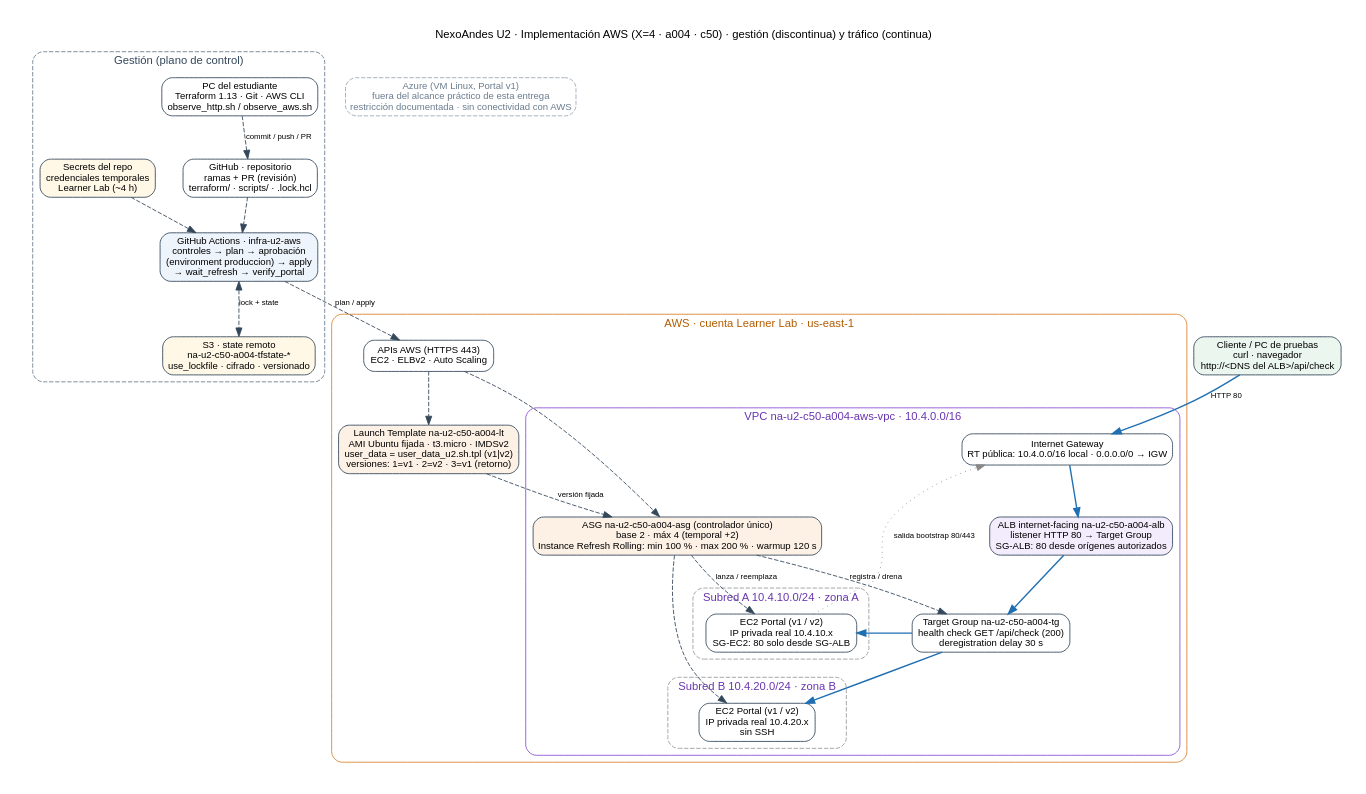
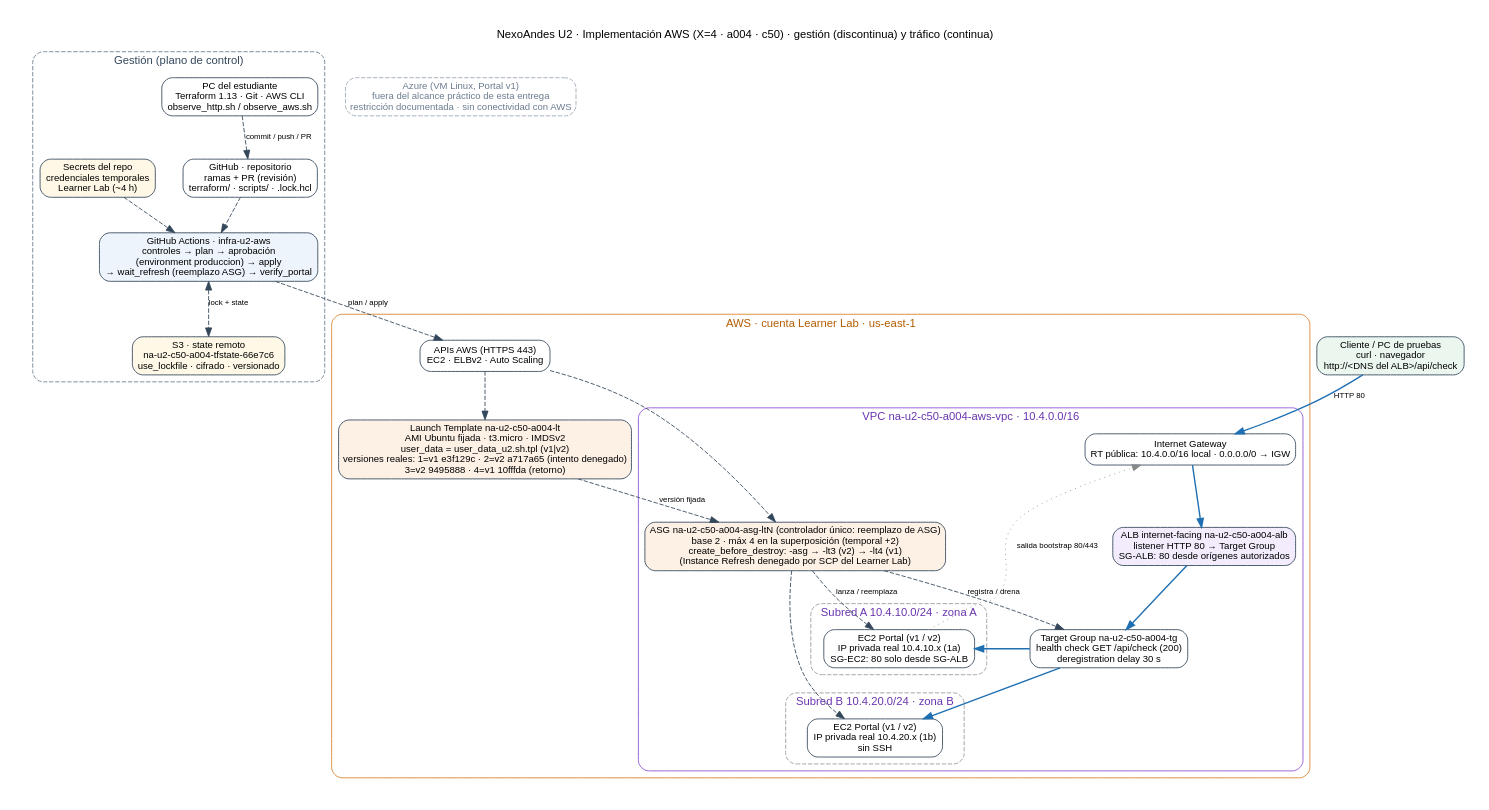
One commit to Qernqo/nexoandes-u2-a004 changed the diagram in docs/arquitectura_u2_aws.dot. Above: the diagram before and after it, drawn with Graphviz. The commit also changed 2 other files, not shown here.

Commit message:
docs: diagrama con valores reales, decisiones adaptadas y declaración de IA

```diff
--- a/docs/arquitectura_u2_aws.dot
+++ b/docs/arquitectura_u2_aws.dot
@@ -1,57 +1,57 @@
 // Diagrama de la implementación real U2 (AWS). Generar PNG:
 //   dot -Tpng -Gdpi=160 docs/arquitectura_u2_aws.dot -o docs/arquitectura_u2_aws.png
 digraph U2 {
   graph [rankdir=TB, fontname="Arial", fontsize=13, splines=spline, nodesep=0.45, ranksep=0.55, pad=0.3,
          label="NexoAndes U2 · Implementación AWS (X=4 · a004 · c50) · gestión (discontinua) y tráfico (continua)", labelloc=t];
   node  [shape=box, style="rounded,filled", fontname="Arial", fontsize=11, fillcolor="#ffffff", color="#33475b"];
   edge  [fontname="Arial", fontsize=9, color="#33475b"];
 
   subgraph cluster_mgmt {
     label="Gestión (plano de control)"; style="rounded,dashed"; color="#6b7c8f"; fontcolor="#33475b";
     dev   [label="PC del estudiante\nTerraform 1.13 · Git · AWS CLI\nobserve_http.sh / observe_aws.sh"];
     repo  [label="GitHub · repositorio\nramas + PR (revisión)\nterraform/ · scripts/ · .lock.hcl"];
-    gha   [label="GitHub Actions · infra-u2-aws\ncontroles → plan → aprobación\n(environment produccion) → apply\n→ wait_refresh → verify_portal", fillcolor="#eef4fb"];
-    state [label="S3 · state remoto\nna-u2-c50-a004-tfstate-*\nuse_lockfile · cifrado · versionado", fillcolor="#fff8e6"];
+    gha   [label="GitHub Actions · infra-u2-aws\ncontroles → plan → aprobación\n(environment produccion) → apply\n→ wait_refresh (reemplazo ASG) → verify_portal", fillcolor="#eef4fb"];
+    state [label="S3 · state remoto\nna-u2-c50-a004-tfstate-66e7c6\nuse_lockfile · cifrado · versionado", fillcolor="#fff8e6"];
     sec   [label="Secrets del repo\ncredenciales temporales\nLearner Lab (~4 h)", fillcolor="#fff8e6"];
   }
 
   subgraph cluster_aws {
     label="AWS · cuenta Learner Lab · us-east-1"; style="rounded"; color="#d9822b"; fontcolor="#b35c00";
     api [label="APIs AWS (HTTPS 443)\nEC2 · ELBv2 · Auto Scaling"];
-    lt  [label="Launch Template na-u2-c50-a004-lt\nAMI Ubuntu fijada · t3.micro · IMDSv2\nuser_data = user_data_u2.sh.tpl (v1|v2)\nversiones: 1=v1 · 2=v2 · 3=v1 (retorno)", fillcolor="#fdf1e6"];
+    lt  [label="Launch Template na-u2-c50-a004-lt\nAMI Ubuntu fijada · t3.micro · IMDSv2\nuser_data = user_data_u2.sh.tpl (v1|v2)\nversiones reales: 1=v1 e3f129c · 2=v2 a717a65 (intento denegado)\n3=v2 9495888 · 4=v1 10fffda (retorno)", fillcolor="#fdf1e6"];
 
     subgraph cluster_vpc {
       label="VPC na-u2-c50-a004-aws-vpc · 10.4.0.0/16"; style="rounded"; color="#8c4fd6"; fontcolor="#6a35b0";
       igw [label="Internet Gateway\nRT pública: 10.4.0.0/16 local · 0.0.0.0/0 → IGW"];
       alb [label="ALB internet-facing na-u2-c50-a004-alb\nlistener HTTP 80 → Target Group\nSG-ALB: 80 desde orígenes autorizados", fillcolor="#f3ecfc"];
       tg  [label="Target Group na-u2-c50-a004-tg\nhealth check GET /api/check (200)\nderegistration delay 30 s"];
-      asg [label="ASG na-u2-c50-a004-asg (controlador único)\nbase 2 · máx 4 (temporal +2)\nInstance Refresh Rolling: min 100 % · max 200 % · warmup 120 s", fillcolor="#fdf1e6"];
+      asg [label="ASG na-u2-c50-a004-asg-ltN (controlador único: reemplazo de ASG)\nbase 2 · máx 4 en la superposición (temporal +2)\ncreate_before_destroy: -asg → -lt3 (v2) → -lt4 (v1)\n(Instance Refresh denegado por SCP del Learner Lab)", fillcolor="#fdf1e6"];
       subgraph cluster_a { label="Subred A 10.4.10.0/24 · zona A"; style="rounded,dashed"; color="#999999";
-        ec2a [label="EC2 Portal (v1 / v2)\nIP privada real 10.4.10.x\nSG-EC2: 80 solo desde SG-ALB"]; }
+        ec2a [label="EC2 Portal (v1 / v2)\nIP privada real 10.4.10.x (1a)\nSG-EC2: 80 solo desde SG-ALB"]; }
       subgraph cluster_b { label="Subred B 10.4.20.0/24 · zona B"; style="rounded,dashed"; color="#999999";
-        ec2b [label="EC2 Portal (v1 / v2)\nIP privada real 10.4.20.x\nsin SSH"]; }
+        ec2b [label="EC2 Portal (v1 / v2)\nIP privada real 10.4.20.x (1b)\nsin SSH"]; }
     }
   }
 
   azure [label="Azure (VM Linux, Portal v1)\nfuera del alcance práctico de esta entrega\nrestricción documentada · sin conectividad con AWS", style="rounded,dashed", fontcolor="#6b7c8f", color="#9aa7b4"];
   client [label="Cliente / PC de pruebas\ncurl · navegador\nhttp://<DNS del ALB>/api/check", fillcolor="#eaf6ee"];
 
   dev -> repo [style=dashed, label="commit / push / PR"];
   repo -> gha [style=dashed];
   sec -> gha [style=dashed];
   gha -> state [style=dashed, dir=both, label="lock + state"];
   gha -> api [style=dashed, label="plan / apply"];
   api -> lt [style=dashed];
   api -> asg [style=dashed];
   lt -> asg [style=dashed, label="versión fijada"];
   asg -> ec2a [style=dashed, label="lanza / reemplaza"];
   asg -> ec2b [style=dashed];
   asg -> tg [style=dashed, label="registra / drena"];
 
   client -> igw [color="#1f6fb2", penwidth=1.6, label="HTTP 80"];
   igw -> alb [color="#1f6fb2", penwidth=1.6];
   alb -> tg [color="#1f6fb2", penwidth=1.6];
   tg -> ec2a [color="#1f6fb2", penwidth=1.6];
   tg -> ec2b [color="#1f6fb2", penwidth=1.6];
   ec2a -> igw [style=dotted, color="#888888", label="salida bootstrap 80/443"];
 }
```
